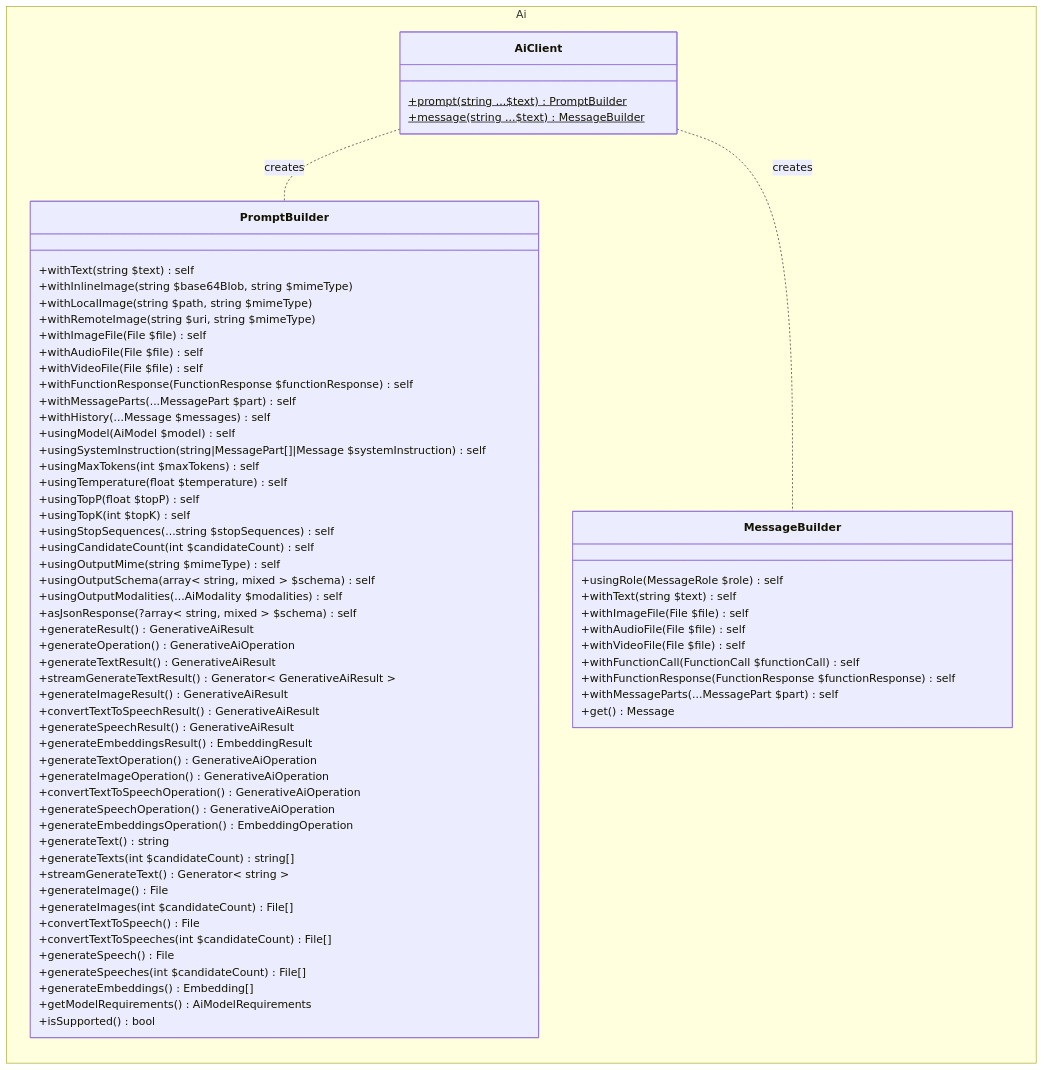
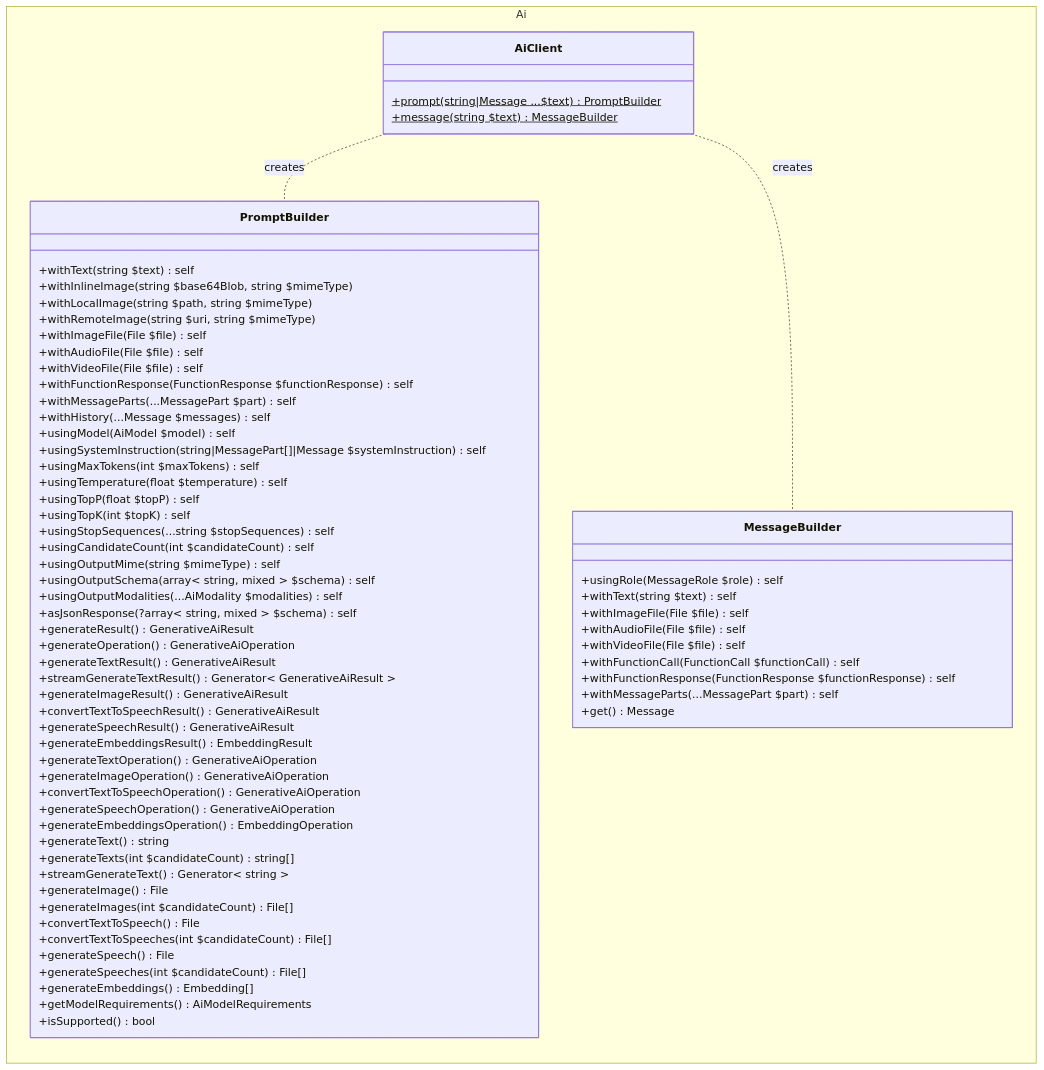
One commit to WordPress/php-ai-client changed the first of 5 diagrams in docs/ARCHITECTURE.md. Above: the diagram before and after it, drawn with Mermaid. The commit also changed other lines of this file, not shown here.

Commit message:
Set prompt() arg to string|Message. Remove variadic from message()

````diff
--- a/docs/ARCHITECTURE.md
+++ b/docs/ARCHITECTURE.md
@@ -314,80 +314,80 @@
 ```mermaid
 ---
 config:
   class:
     hideEmptyMembersBox: true
 ---
 classDiagram
 direction LR
     namespace Ai {
         class AiClient {
-            +prompt(string ...$text) PromptBuilder$
-            +message(string ...$text) MessageBuilder$
+            +prompt(string|Message ...$text) PromptBuilder$
+            +message(string $text) MessageBuilder$
         }
 
         class PromptBuilder {
             +withText(string $text) self
             +withInlineImage(string $base64Blob, string $mimeType)
             +withLocalImage(string $path, string $mimeType)
             +withRemoteImage(string $uri, string $mimeType)
             +withImageFile(File $file) self
             +withAudioFile(File $file) self
             +withVideoFile(File $file) self
             +withFunctionResponse(FunctionResponse $functionResponse) self
             +withMessageParts(...MessagePart $part) self
             +withHistory(...Message $messages) self
             +usingModel(AiModel $model) self
             +usingSystemInstruction(string|MessagePart[]|Message $systemInstruction) self
             +usingMaxTokens(int $maxTokens) self
             +usingTemperature(float $temperature) self
             +usingTopP(float $topP) self
             +usingTopK(int $topK) self
             +usingStopSequences(...string $stopSequences) self
             +usingCandidateCount(int $candidateCount) self
             +usingOutputMime(string $mimeType) self
             +usingOutputSchema(array< string, mixed > $schema) self
             +usingOutputModalities(...AiModality $modalities) self
             +asJsonResponse(?array< string, mixed > $schema) self
             +generateResult() GenerativeAiResult
             +generateOperation() GenerativeAiOperation
             +generateTextResult() GenerativeAiResult
             +streamGenerateTextResult() Generator< GenerativeAiResult >
             +generateImageResult() GenerativeAiResult
             +convertTextToSpeechResult() GenerativeAiResult
             +generateSpeechResult() GenerativeAiResult
             +generateEmbeddingsResult() EmbeddingResult
             +generateTextOperation() GenerativeAiOperation
             +generateImageOperation() GenerativeAiOperation
             +convertTextToSpeechOperation() GenerativeAiOperation
             +generateSpeechOperation() GenerativeAiOperation
             +generateEmbeddingsOperation() EmbeddingOperation
             +generateText() string
             +generateTexts(int $candidateCount) string[]
             +streamGenerateText() Generator< string >
             +generateImage() File
             +generateImages(int $candidateCount) File[]
             +convertTextToSpeech() File
             +convertTextToSpeeches(int $candidateCount) File[]
             +generateSpeech() File
             +generateSpeeches(int $candidateCount) File[]
             +generateEmbeddings() Embedding[]
             +getModelRequirements() AiModelRequirements
             +isSupported() bool
         }
 
         class MessageBuilder {
             +usingRole(MessageRole $role) self
             +withText(string $text) self
             +withImageFile(File $file) self
             +withAudioFile(File $file) self
             +withVideoFile(File $file) self
             +withFunctionCall(FunctionCall $functionCall) self
             +withFunctionResponse(FunctionResponse $functionResponse) self
             +withMessageParts(...MessagePart $part) self
             +get() Message
         }
     }
 
     AiClient .. PromptBuilder : creates
     AiClient .. MessageBuilder : creates
 ```
````
